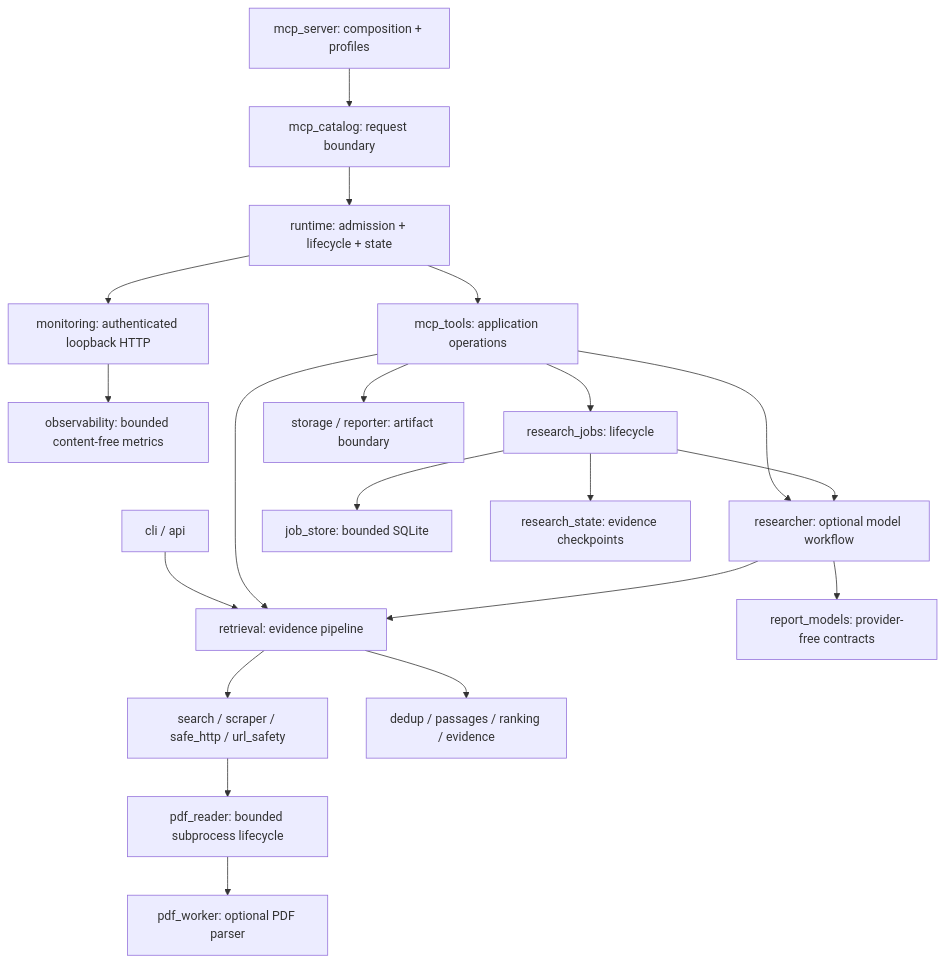
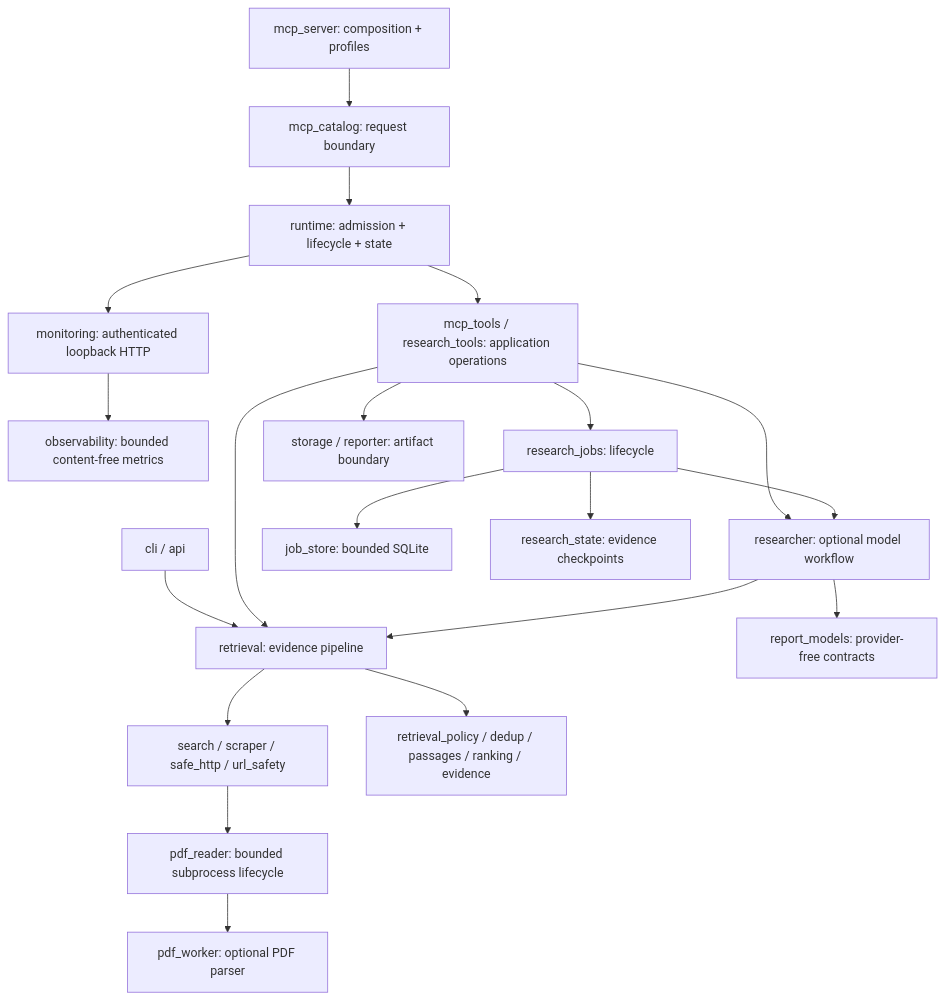
The diagram in docs/MCP_ARCHITECTURE.md (chriswu727/sibyl), drawn with Mermaid before and after one commit. The commit also changed other lines of this file and 127 other files, not shown here.

````diff
--- a/docs/MCP_ARCHITECTURE.md
+++ b/docs/MCP_ARCHITECTURE.md
@@ -10,22 +10,22 @@
 ```mermaid
 flowchart TD
     MCP[mcp_server: composition + profiles] --> CAT[mcp_catalog: request boundary]
     CAT --> RT[runtime: admission + lifecycle + state]
-    RT --> TOOLS[mcp_tools: application operations]
+    RT --> TOOLS[mcp_tools / research_tools: application operations]
     RT --> MON[monitoring: authenticated loopback HTTP]
     MON --> MET[observability: bounded content-free metrics]
     CLI[cli / api] --> RET[retrieval: evidence pipeline]
     TOOLS --> RET
     RET --> NET[search / scraper / safe_http / url_safety]
     NET --> PDF[pdf_reader: bounded subprocess lifecycle]
     PDF --> PARSER[pdf_worker: optional PDF parser]
-    RET --> PURE[dedup / passages / ranking / evidence]
+    RET --> PURE[retrieval_policy / dedup / passages / ranking / evidence]
     TOOLS --> OPT[researcher: optional model workflow]
     TOOLS --> JOB[research_jobs: lifecycle]
     JOB --> DB[job_store: bounded SQLite]
     JOB --> STATE[research_state: evidence checkpoints]
     JOB --> OPT
     OPT --> RET
     OPT --> MODELS[report_models: provider-free contracts]
     TOOLS --> STORE[storage / reporter: artifact boundary]
 ```
````
